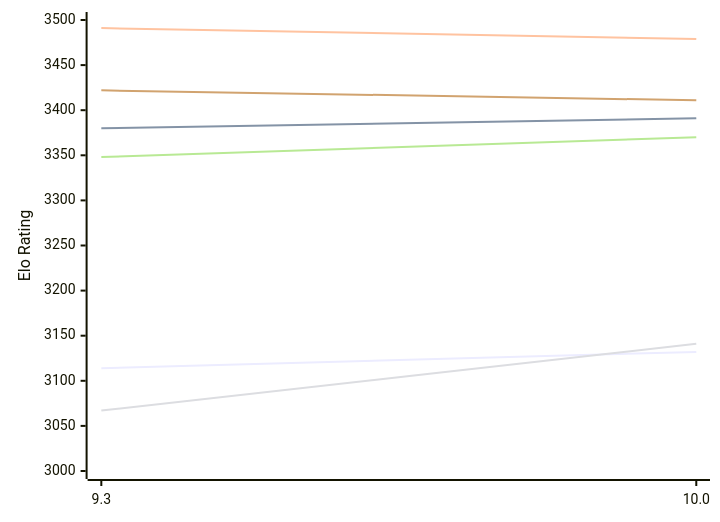
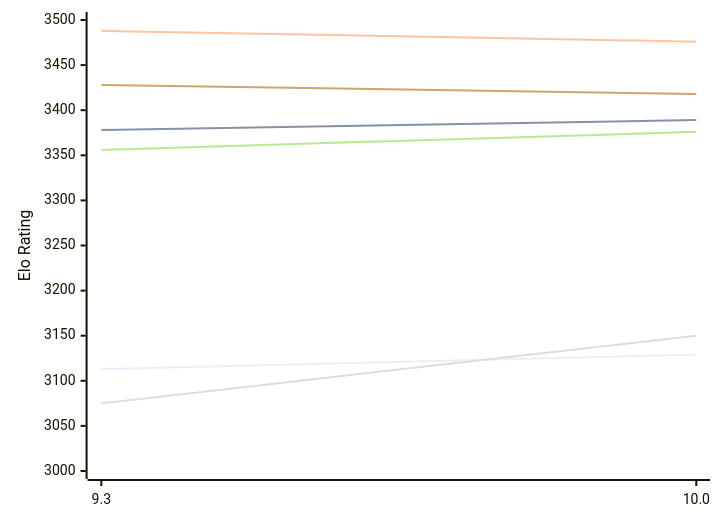
Before and after one commit to computer-chess-index/cci: the first of 2 diagrams in engines/Fire.md, drawn with Mermaid. The commit also changed other lines of this file, not shown here.

Commit message:
Update CCI Ratings (ELO VLTC) - 2026-11-23

````diff
--- a/engines/Fire.md
+++ b/engines/Fire.md
@@ -50,12 +50,12 @@
 ```mermaid
 %%{init: {"theme":"base","themeVariables":{"seriesColors:['#a3a3a3','#222221','#faa371']}}}%%
 xychart-beta
   x-axis ["9.3", "10.0"]
   y-axis "Elo Rating" 3000 --> 3500
-  line "E1: STC (8.0+0.08s)" [3114, 3132]
-  line "E1: LTC (60.0+0.60s)" [3380, 3391]
-  line "E1: VLTC (2m24s+1.12s)" [3491, 3479]
-  line "P1: STC (8.0+0.08s)" [3067, 3141]
-  line "P1: LTC (60.0+0.60s)" [3348, 3370]
-  line "P1: VLTC (2m24s+1.12s)" [3422, 3411]
+  line "E1: STC (8.0+0.08s)" [3113, 3129]
+  line "E1: LTC (60.0+0.60s)" [3378, 3389]
+  line "E1: VLTC (2m24s+1.12s)" [3488, 3476]
+  line "P1: STC (8.0+0.08s)" [3075, 3150]
+  line "P1: LTC (60.0+0.60s)" [3356, 3376]
+  line "P1: VLTC (2m24s+1.12s)" [3428, 3418]
 ```
````
